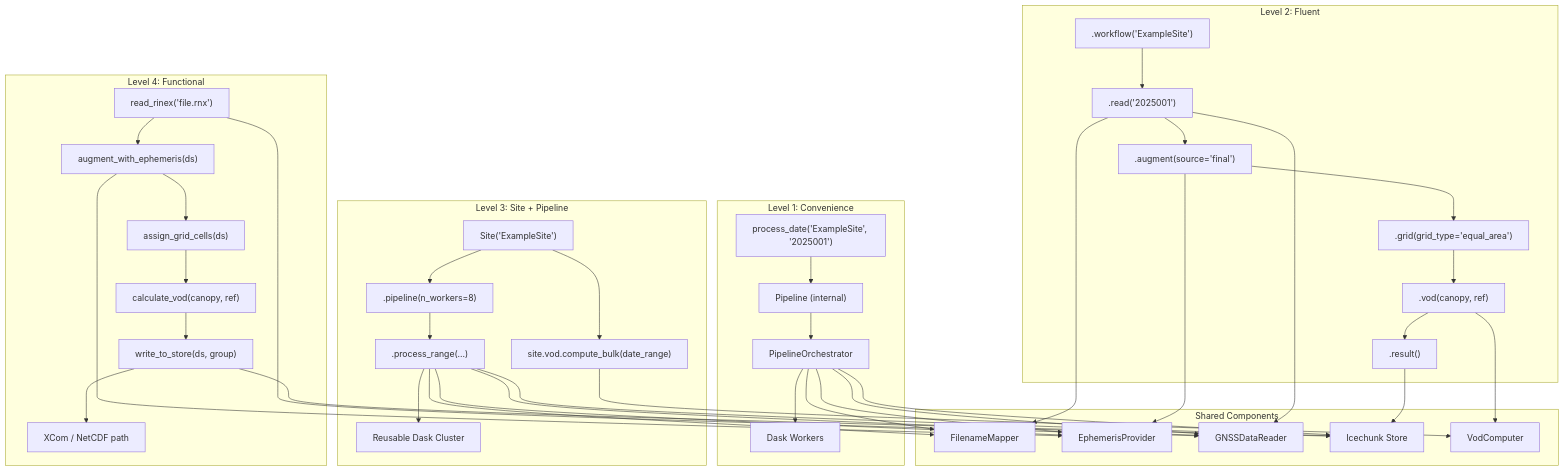
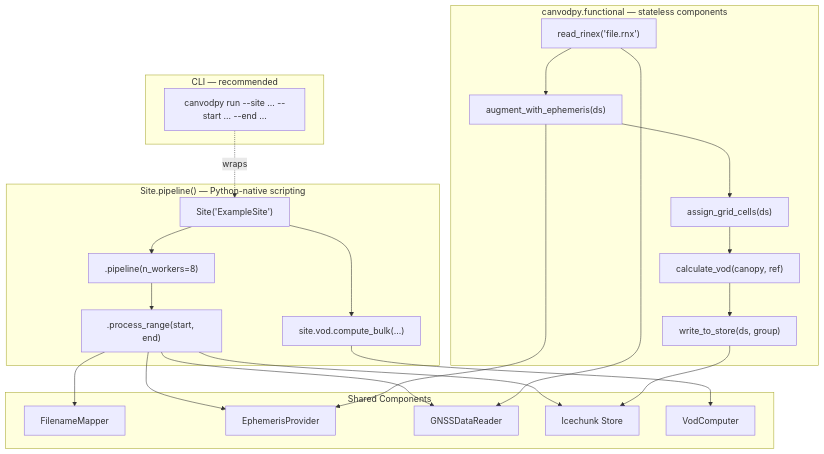
Before and after one commit to nfb2021/canvodpy: the third of 3 diagrams in README.md, drawn with Mermaid. The commit also changed other lines of this file, not shown here.

Commit message:
docs(readme): replace deprecated L1 quickstart with CLI-first example
Quick Start showed process_date()/calculate_vod() (deprecated L1) as
the entry point, and the "Four API levels" diagram still described a
Dask-based worker pool that was removed in favor of loky. Replace with
the CLI command as primary, Site.pipeline() as the Python-native
alternative, and a diagram matching the current CLI / L3 / L4 surfaces
(L1/L2/VODWorkflow named only as deprecated).

````diff
--- a/README.md
+++ b/README.md
@@ -205,64 +212,41 @@
 ```mermaid
 flowchart TD
-    subgraph L1["Level 1: Convenience"]
-        L1A["process_date('ExampleSite', '2025001')"]
-        L1A --> L1B["Pipeline (internal)"]
-        L1B --> L1C["PipelineOrchestrator"]
-        L1C --> L1D["Dask Workers"]
+    subgraph CLI_["CLI — recommended"]
+        CLI["canvodpy run --site ... --start ... --end ..."]
     end
 
-    subgraph L2["Level 2: Fluent"]
-        L2A[".workflow('ExampleSite')"]
-        L2A --> L2B[".read('2025001')"]
-        L2B --> L2C[".augment(source='final')"]
-        L2C --> L2E[".grid(grid_type='equal_area')"]
-        L2E --> L2F[".vod(canopy, ref)"]
-        L2F --> L2D[".result()"]
+    subgraph L3["Site.pipeline() — Python-native scripting"]
+        L3A["Site('ExampleSite')"]
+        L3A --> L3B[".pipeline(n_workers=8)"]
+        L3B --> L3C[".process_range(start, end)"]
+        L3A --> L3E["site.vod.compute_bulk(...)"]
     end
 
-    subgraph L3["Level 3: Site + Pipeline"]
-        L3A["Site('ExampleSite')"]
-        L3A --> L3B[".pipeline(n_workers=8)"]
-        L3B --> L3C[".process_range(...)"]
-        L3C --> L3D["Reusable Dask Cluster"]
-        L3A --> L3E["site.vod.compute_bulk(date_range)"]
-    end
-
-    subgraph L4["Level 4: Functional"]
+    subgraph L4["canvodpy.functional — stateless components"]
         L4A["read_rinex('file.rnx')"]
         L4A --> L4B["augment_with_ephemeris(ds)"]
         L4B --> L4G["assign_grid_cells(ds)"]
         L4G --> L4C["calculate_vod(canopy, ref)"]
         L4C --> L4H["write_to_store(ds, group)"]
-        L4H --> L4D["XCom / NetCDF path"]
     end
 
     subgraph Shared["Shared Components"]
         FM["FilenameMapper"]
         EP["EphemerisProvider"]
         READER["GNSSDataReader"]
         STORE["Icechunk Store"]
         VOD["VodComputer"]
     end
 
-    L1C --> FM
-    L1C --> EP
-    L1C --> READER
-    L1C --> STORE
-
-    L2B --> FM
-    L2B --> READER
-    L2C --> EP
-    L2F --> VOD
-    L2D --> STORE
+    CLI -.wraps.-> L3A
 
     L3C --> FM
     L3C --> EP
     L3C --> READER
     L3C --> STORE
     L3E --> VOD
 
     L4A --> READER
     L4B --> EP
     L4H --> STORE
 ```
````
